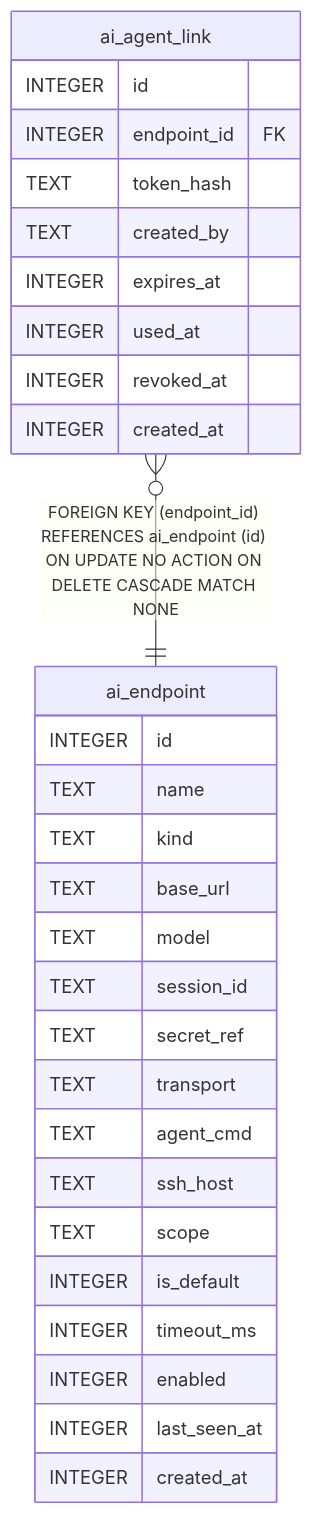
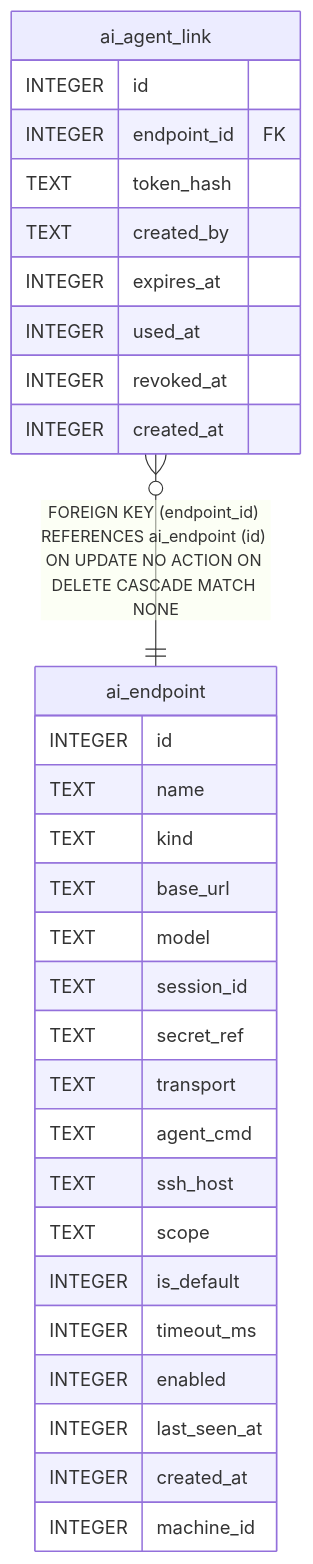
The diagram in content/docs/en/developers/plugins/ai-endpoints/reference/schema.mmd (ktbhealth/docs), drawn with Mermaid before and after one commit. The commit also changed 61 other files, not shown here.

First line of the commit message:
docs(erd): machines, vault_secret, ai-model, ai-prompt domains (product main)

```diff
--- a/content/docs/en/developers/plugins/ai-endpoints/reference/schema.mmd
+++ b/content/docs/en/developers/plugins/ai-endpoints/reference/schema.mmd
@@ -1,32 +1,33 @@
 erDiagram
 
 "ai_agent_link" }o--|| "ai_endpoint" : "FOREIGN KEY (endpoint_id) REFERENCES ai_endpoint (id) ON UPDATE NO ACTION ON DELETE CASCADE MATCH NONE"
 
 "ai_agent_link" {
   INTEGER id
   INTEGER endpoint_id FK
   TEXT token_hash
   TEXT created_by
   INTEGER expires_at
   INTEGER used_at
   INTEGER revoked_at
   INTEGER created_at
 }
 "ai_endpoint" {
   INTEGER id
   TEXT name
   TEXT kind
   TEXT base_url
   TEXT model
   TEXT session_id
   TEXT secret_ref
   TEXT transport
   TEXT agent_cmd
   TEXT ssh_host
   TEXT scope
   INTEGER is_default
   INTEGER timeout_ms
   INTEGER enabled
   INTEGER last_seen_at
   INTEGER created_at
+  INTEGER machine_id
 }
```
